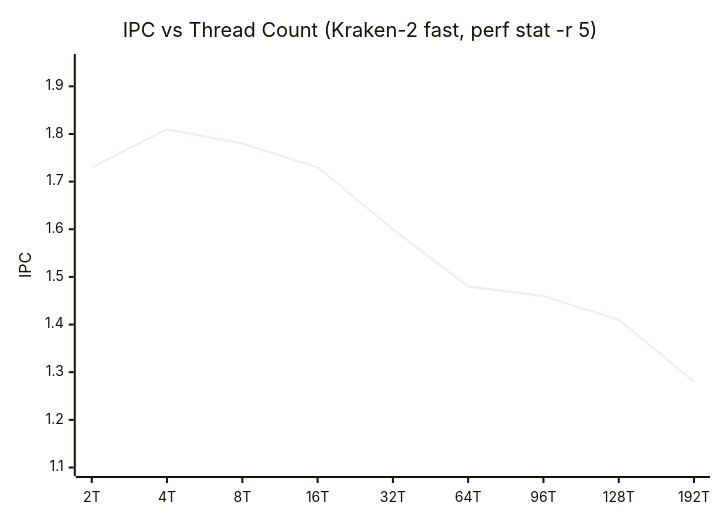
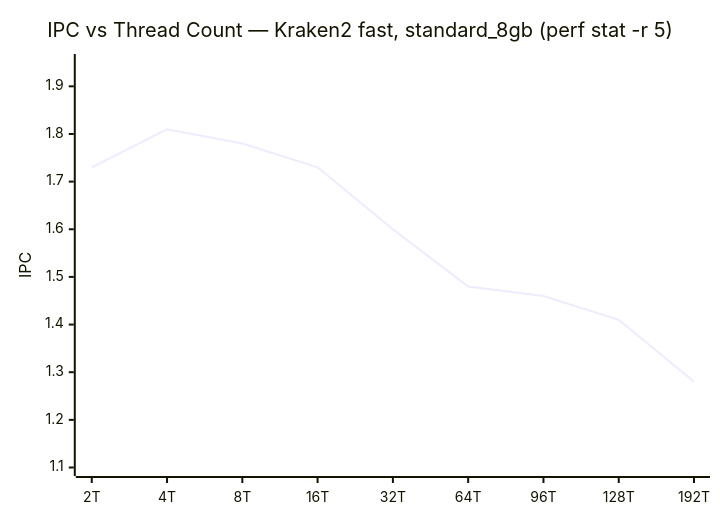
Before and after one commit to KathpaliaChirag/Nanopore-project: the tenth of 23 diagrams in README.md, drawn with Mermaid. The commit also changed other lines of this file, not shown here.

````diff
--- a/README.md
+++ b/README.md
@@ -277,7 +403,7 @@
 ```mermaid
 xychart-beta
-    title "IPC vs Thread Count (Kraken-2 fast, perf stat -r 5)"
+    title "IPC vs Thread Count — Kraken2 fast, standard_8gb (perf stat -r 5)"
     x-axis ["2T", "4T", "8T", "16T", "32T", "64T", "96T", "128T", "192T"]
     y-axis "IPC" 1.1 --> 1.95
     line [1.73, 1.81, 1.78, 1.73, 1.60, 1.48, 1.46, 1.41, 1.28]
 ```
````
